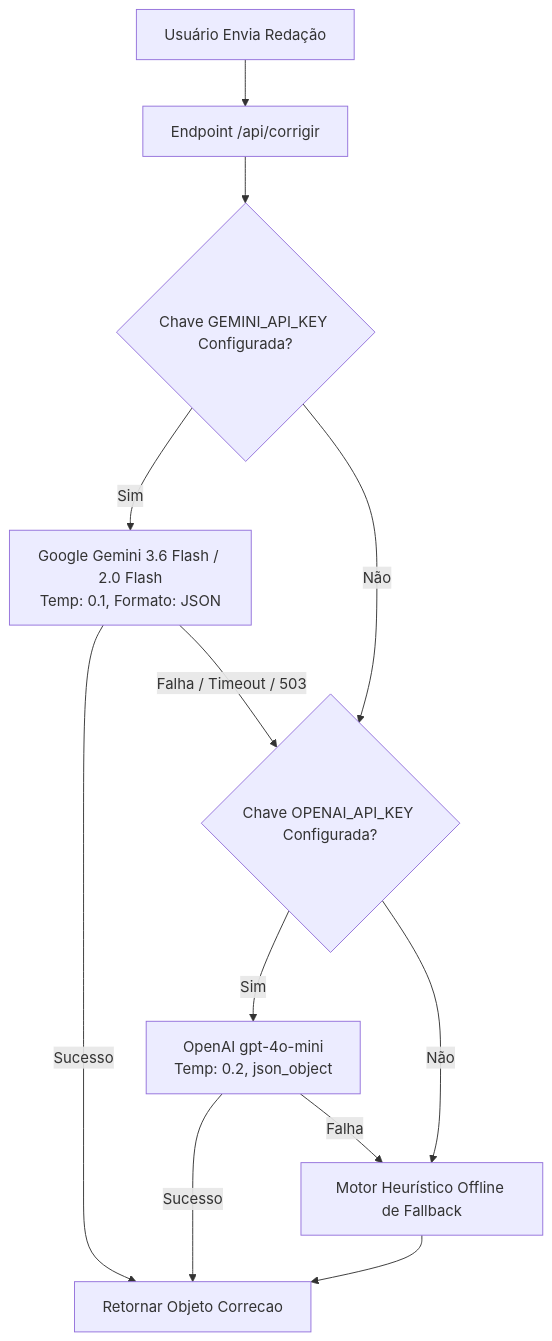
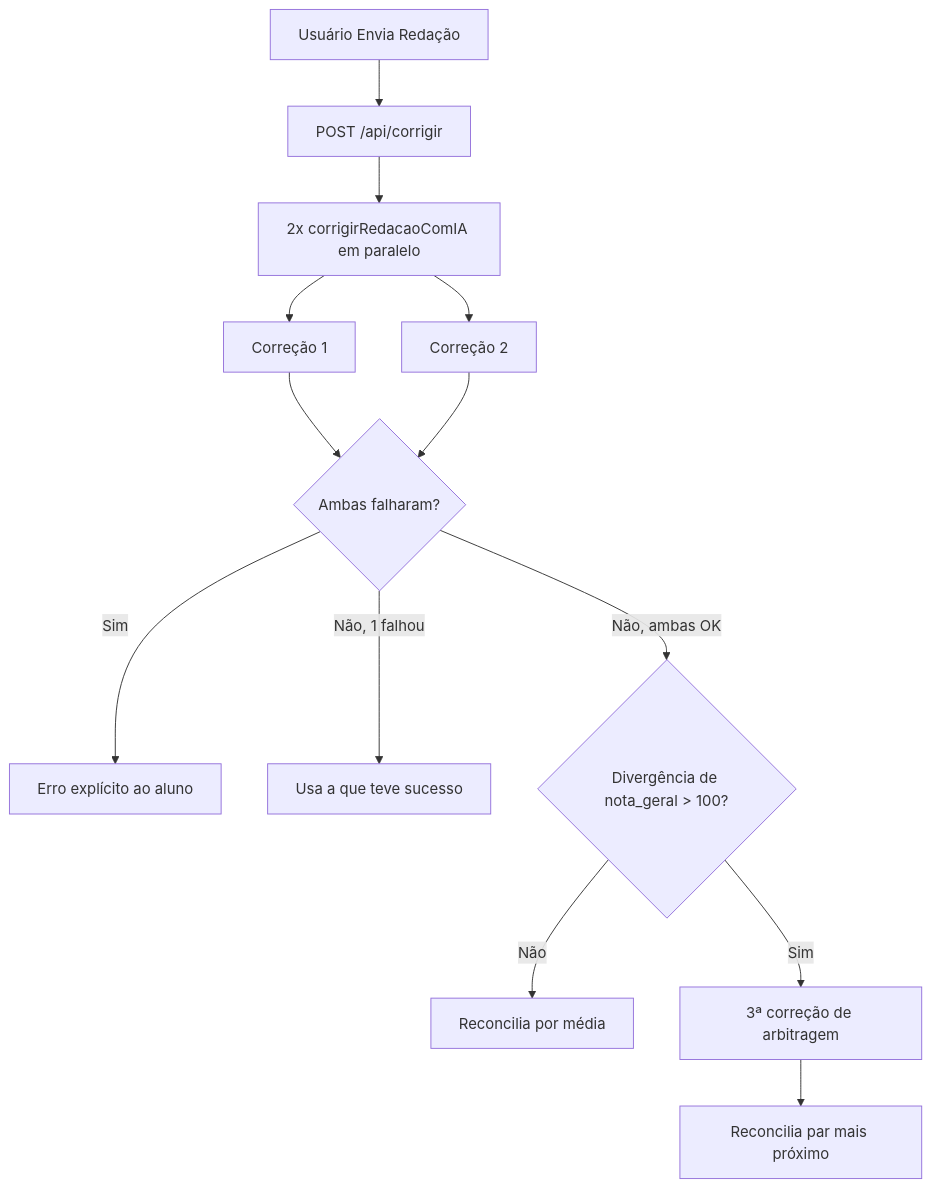
The diagram in Vault/03 - Inteligência Artificial/Arquitetura de IA & Prompts.md (jeanrj987/enem-nota-1000), drawn with Mermaid before and after one commit. The commit also changed other lines of this file and 6 other files, not shown here.

````diff
--- a/Vault/03 - Inteligência Artificial/Arquitetura de IA & Prompts.md
+++ b/Vault/03 - Inteligência Artificial/Arquitetura de IA & Prompts.md
@@ -22,14 +25,15 @@
 ```mermaid
 graph TD
-    A[Usuário Envia Redação] --> B[Endpoint /api/corrigir]
-    B --> C{Chave GEMINI_API_KEY Configurada?}
-    C -- Sim --> D[Google Gemini 3.6 Flash / 2.0 Flash\nTemp: 0.1, Formato: JSON]
-    D -- Sucesso --> G[Retornar Objeto Correcao]
-    D -- Falha / Timeout / 503 --> E{Chave OPENAI_API_KEY Configurada?}
-    C -- Não --> E
-    E -- Sim --> F[OpenAI gpt-4o-mini\nTemp: 0.2, json_object]
-    F -- Sucesso --> G
-    F -- Falha --> H[Motor Heurístico Offline de Fallback]
-    E -- Não --> H
-    H --> G
+    A[Usuário Envia Redação] --> B[POST /api/corrigir]
+    B --> C[2x corrigirRedacaoComIA em paralelo]
+    C --> D1[Correção 1]
+    C --> D2[Correção 2]
+    D1 --> E{Ambas falharam?}
+    D2 --> E
+    E -- Sim --> F[Erro explícito ao aluno]
+    E -- Não, 1 falhou --> G[Usa a que teve sucesso]
+    E -- Não, ambas OK --> H{Divergência de nota_geral > 100?}
+    H -- Não --> I[Reconcilia por média]
+    H -- Sim --> J[3ª correção de arbitragem]
+    J --> K[Reconcilia par mais próximo]
 ```
````
